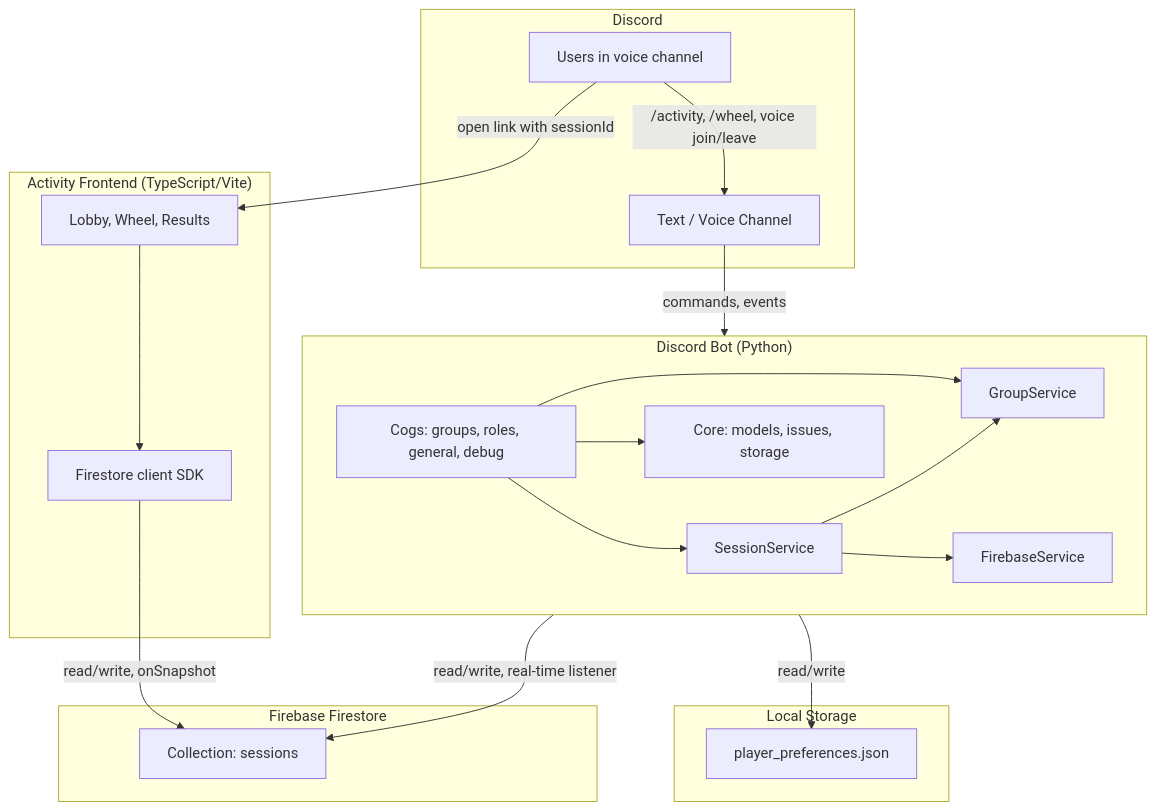
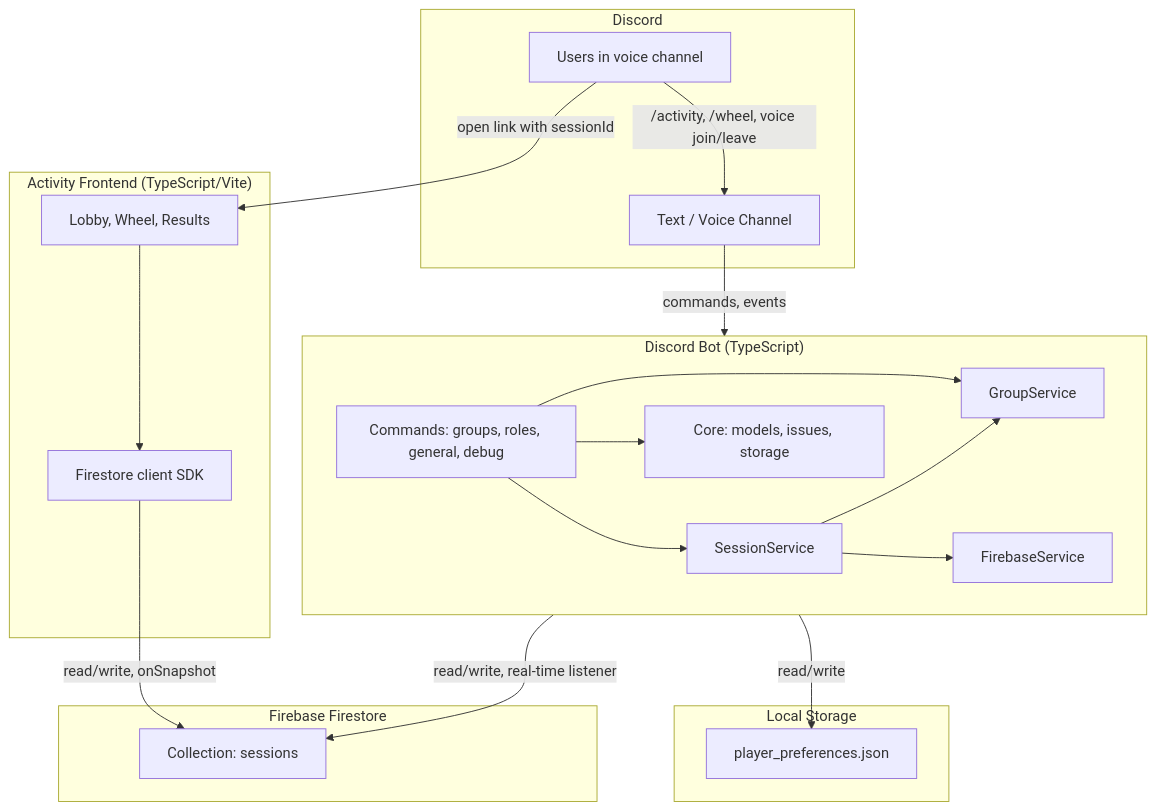
The first of 4 diagrams in ARCHITECTURE.md (TytaniumDev/MythicPlusDiscordBot), drawn with Mermaid before and after one commit. The commit also changed other lines of this file and 2 other files, not shown here.

Commit message:
📜 Scribe: Updated Technical Docs for TypeScript migration

````diff
--- a/ARCHITECTURE.md
+++ b/ARCHITECTURE.md
@@ -21,40 +21,40 @@
 ```mermaid
 flowchart TB
     subgraph Discord["Discord"]
         User[Users in voice channel]
         Channel[Text / Voice Channel]
     end
 
-    subgraph Bot["Discord Bot (Python)"]
-        Cogs[Cogs: groups, roles, general, debug]
+    subgraph Bot["Discord Bot (TypeScript)"]
+        Cogs[Commands: groups, roles, general, debug]
         GroupService[GroupService]
         SessionService[SessionService]
         FirebaseService[FirebaseService]
         Core[Core: models, issues, storage]
         Cogs --> GroupService
         Cogs --> SessionService
         Cogs --> Core
         SessionService --> FirebaseService
         SessionService --> GroupService
     end
 
     subgraph Firebase["Firebase Firestore"]
         Sessions[Collection: sessions]
     end
 
     subgraph LocalStorage["Local Storage"]
         Preferences[player_preferences.json]
     end
 
     subgraph Frontend["Activity Frontend (TypeScript/Vite)"]
         UI[Lobby, Wheel, Results]
         UI --> FirestoreClient[Firestore client SDK]
     end
 
     User -->|/activity, /wheel, voice join/leave| Channel
     Channel -->|commands, events| Bot
     Bot -->|read/write, real-time listener| Sessions
     Bot -->|read/write| Preferences
     FirestoreClient -->|read/write, onSnapshot| Sessions
     User -->|open link with sessionId| UI
 ```
````
